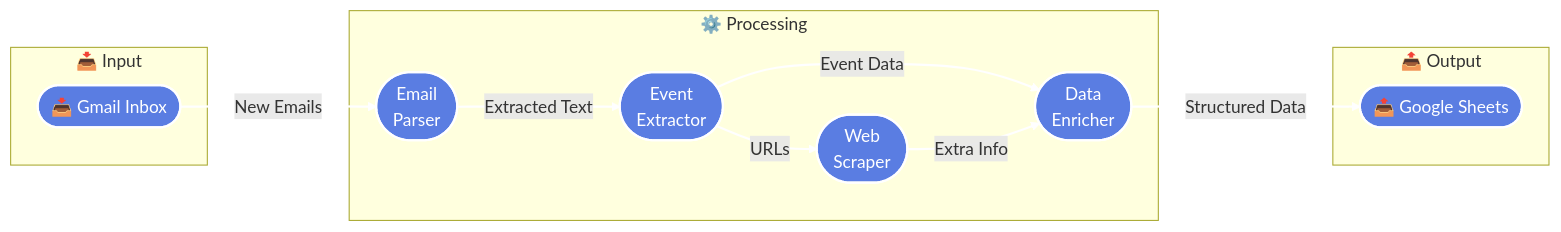
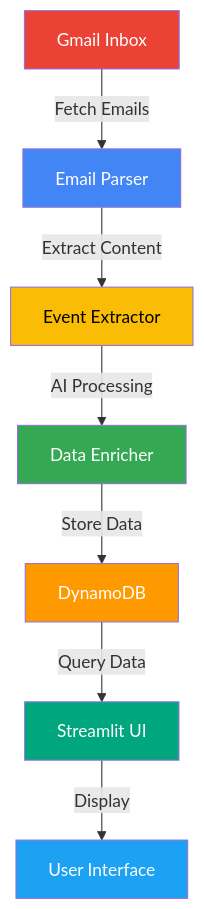
Before and after one commit to lauren-cordova/event-agent: the diagram in README.md, drawn with Mermaid. The commit also changed other lines of this file and 5 other files, not shown here.

First line of the commit message:
New Architecture

````diff
--- a/README.md
+++ b/README.md
@@ -20,33 +15,17 @@
 ```mermaid
-flowchart LR
-    subgraph Input [📥 Input]
-        G([📥 Gmail Inbox])
-    end
-
-    subgraph Processing [⚙️ Processing]
-        E([Email<br>Parser])
-        X([Event<br>Extractor])
-        W([Web<br>Scraper])
-        D([Data<br>Enricher])
-    end
-
-    subgraph Output [📤 Output]
-        S([📤 Google Sheets])
-    end
-
-    G -->|New Emails| E
-    E -->|Extracted Text| X
-    X -->|Event Data| D
-    X -->|URLs| W
-    W -->|Extra Info| D
-    D -->|Structured Data| S
-
-    style G fill:#5a7de2,stroke:#fff,stroke-width:2px,color:#fff
-    style E fill:#5a7de2,stroke:#fff,stroke-width:2px,color:#fff
-    style X fill:#5a7de2,stroke:#fff,stroke-width:2px,color:#fff
-    style W fill:#5a7de2,stroke:#fff,stroke-width:2px,color:#fff
-    style D fill:#5a7de2,stroke:#fff,stroke-width:2px,color:#fff
-    style S fill:#5a7de2,stroke:#fff,stroke-width:2px,color:#fff
-
-    linkStyle default stroke:#fff,stroke-width:2px
+graph TD
+    A[Gmail Inbox] -->|Fetch Emails| B[Email Parser]
+    B -->|Extract Content| C[Event Extractor]
+    C -->|AI Processing| D[Data Enricher]
+    D -->|Store Data| E[DynamoDB]
+    E -->|Query Data| F[Streamlit UI]
+    F -->|Display| G[User Interface]
+    
+    style A fill:#EA4335,color:#fff
+    style B fill:#4285F4,color:#fff
+    style C fill:#FBBC05,color:#000
+    style D fill:#34A853,color:#fff
+    style E fill:#FF9900,color:#fff
+    style F fill:#00A67E,color:#fff
+    style G fill:#1DA1F2,color:#fff
 ```
````
